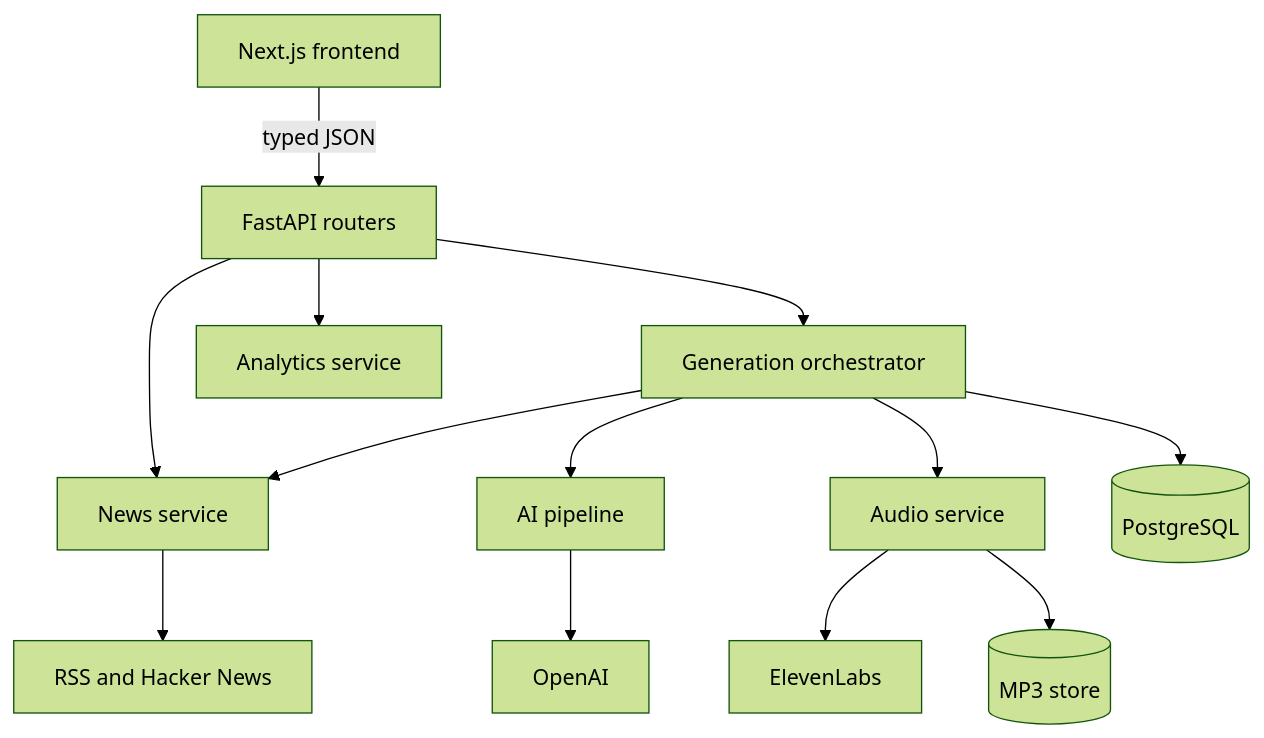
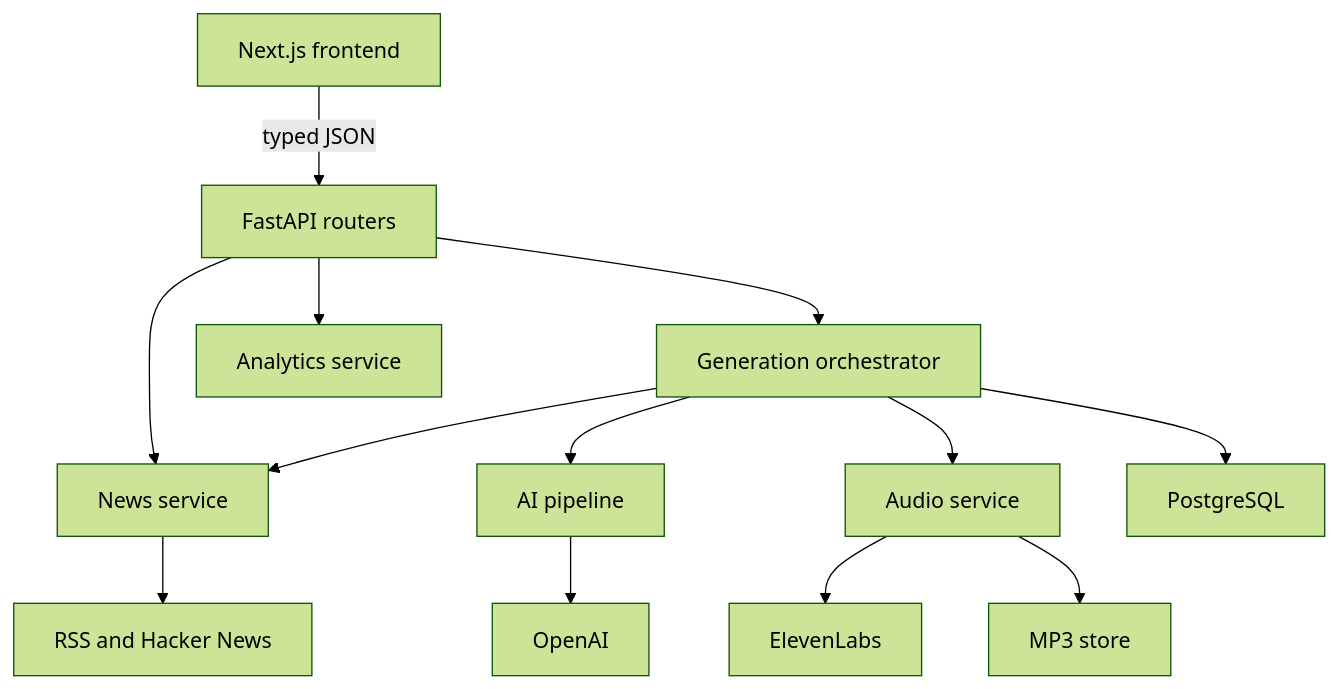
Before and after one commit to Miles762/-Hardik-personal-podcast-generator: the first of 2 diagrams in solution.md, drawn with Mermaid (forest theme). The commit also changed other lines of this file and 1 other file, not shown here.

Commit message:
Fix Mermaid diagram labels getting clipped in some viewers

````diff
--- a/solution.md
+++ b/solution.md
@@ -31,15 +31,15 @@
 ```mermaid
 flowchart TB
-  FE[Next.js frontend] -->|typed JSON| API[FastAPI routers]
-  API --> NEWS[News service]
-  API --> GEN[Generation orchestrator]
-  API --> ANALYTICS[Analytics service]
+  FE["Next.js frontend"] -->|"typed JSON"| API["FastAPI routers"]
+  API --> NEWS["News service"]
+  API --> GEN["Generation orchestrator"]
+  API --> ANALYTICS["Analytics service"]
   GEN --> NEWS
-  GEN --> AI[AI pipeline]
-  GEN --> AUDIO[Audio service]
-  NEWS --> Providers[RSS and Hacker News]
-  AI --> OpenAI[OpenAI]
-  AUDIO --> Eleven[ElevenLabs]
-  GEN --> DB[(PostgreSQL)]
-  AUDIO --> Store[(MP3 store)]
+  GEN --> AI["AI pipeline"]
+  GEN --> AUDIO["Audio service"]
+  NEWS --> Providers["RSS and Hacker News"]
+  AI --> OpenAI["OpenAI"]
+  AUDIO --> Eleven["ElevenLabs"]
+  GEN --> DB["PostgreSQL"]
+  AUDIO --> Store["MP3 store"]
 ```
````
